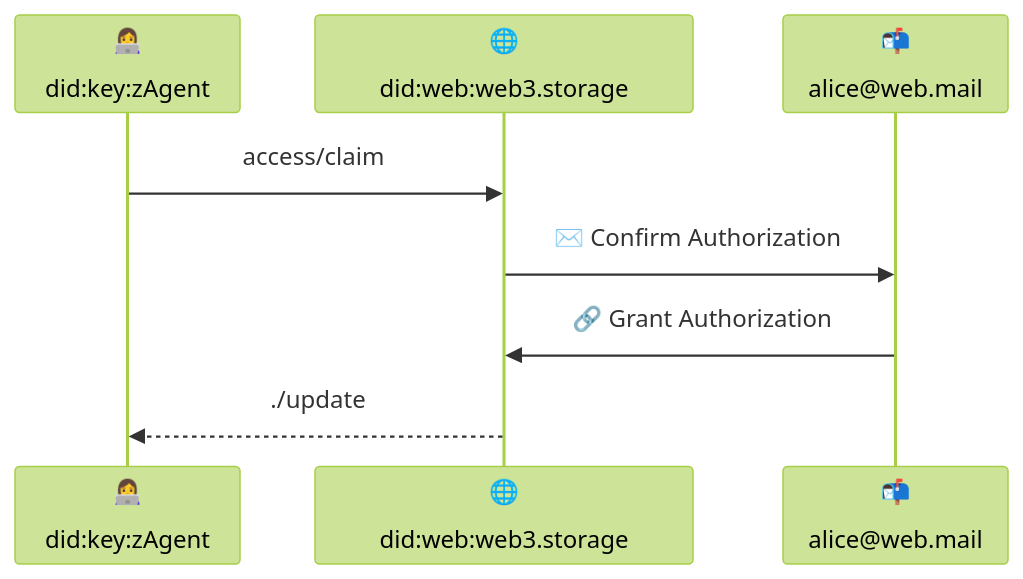
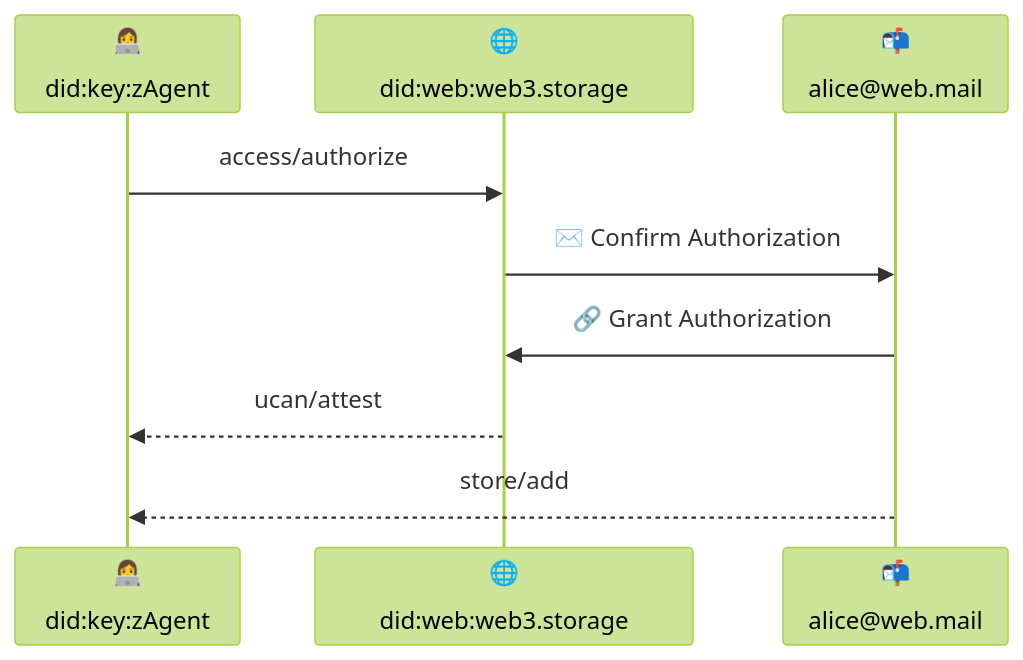
The diagram in w3-session.md (storacha/specs), drawn with Mermaid (forest theme) before and after one commit. The commit also changed other lines of this file and 2 other files, not shown here.

````diff
--- a/w3-session.md
+++ b/w3-session.md
@@ -91,12 +84,13 @@
 ```mermaid
 sequenceDiagram
   participant Agent as 👩‍💻<br/><br/>did:key:zAgent
   participant W3 as 🌐<br/><br/>did:web:web3.storage #32;
   participant Email as 📬<br/><br/>alice@web.mail
 
-  Agent ->> W3: access/claim
+  Agent ->> W3: access/authorize
   
   W3 ->> Email: ✉️ Confirm Authorization 
   Email ->> W3: 🔗 Grant Authorization
-  W3 -->> Agent: ./update
+  W3 -->> Agent: ucan/attest
+  Email -->> Agent: store/add
 ```
````
